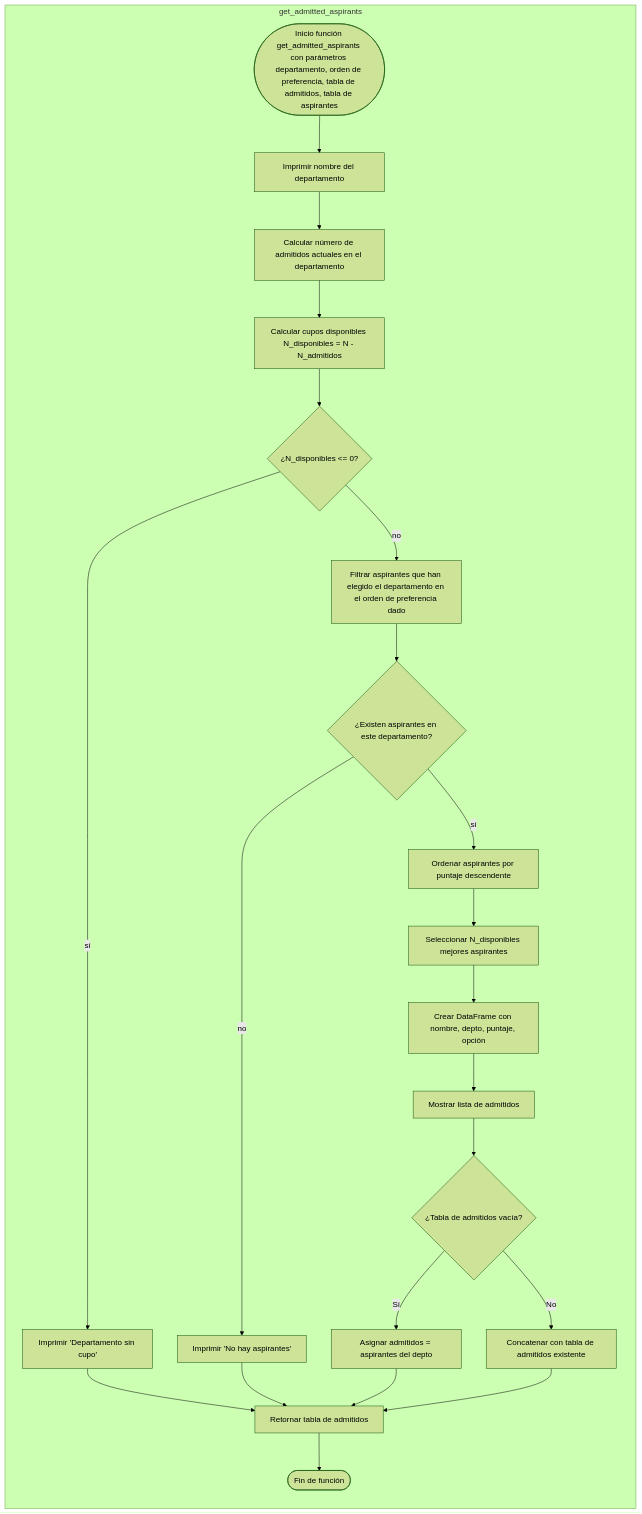
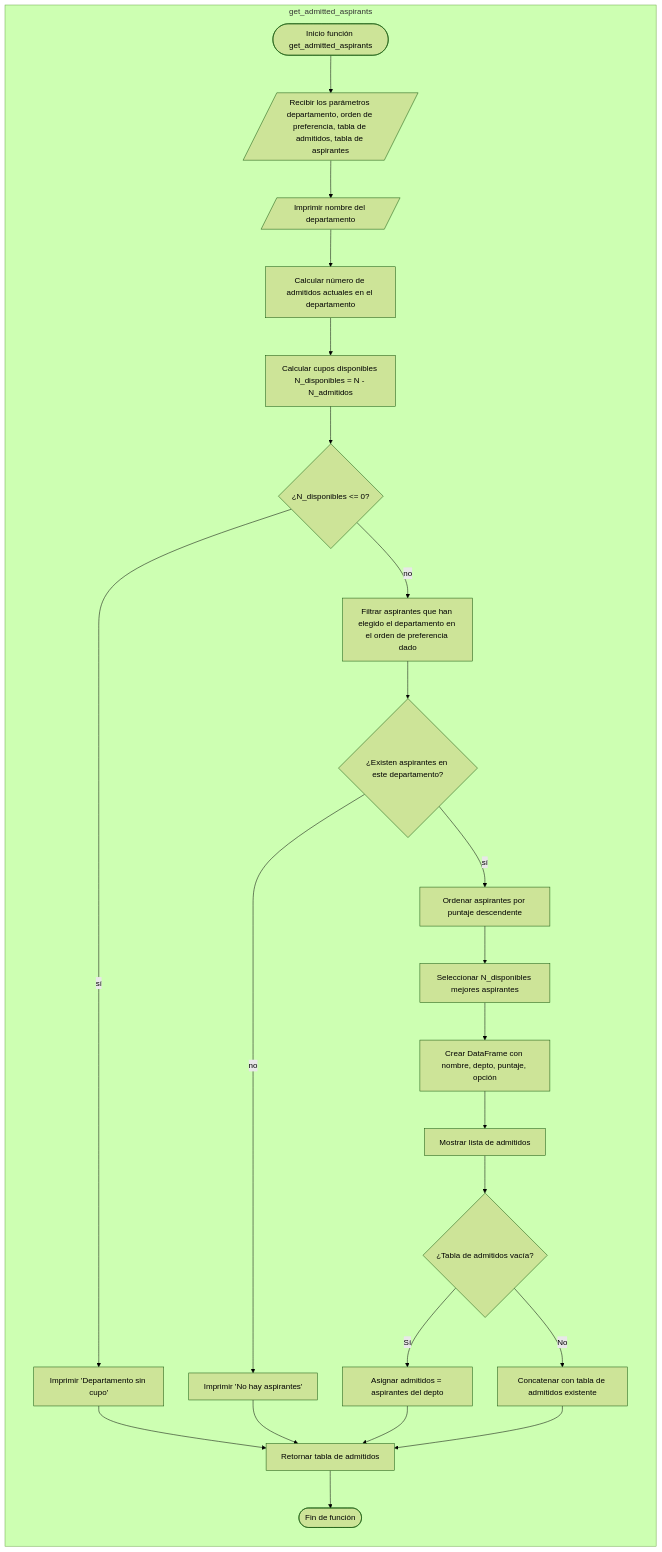
Before and after one commit to vshalisko/PythonIntro: the diagram in Unidad_3/Proyecto_3_funciones_parte_2.mermaid, drawn with Mermaid (forest theme).

```diff
--- a/Unidad_3/Proyecto_3_funciones_parte_2.mermaid
+++ b/Unidad_3/Proyecto_3_funciones_parte_2.mermaid
@@ -1,23 +1,24 @@
 flowchart TD
 
 subgraph get_admitted_aspirants
 direction TB
-A1([Inicio función get_admitted_aspirants con parámetros departamento, orden de preferencia, tabla de admitidos, tabla de aspirantes]) --> B1
-B1[Imprimir nombre del departamento] --> C1[Calcular número de admitidos actuales en el departamento]
+A1([Inicio función get_admitted_aspirants]) --> B0
+B0[/Recibir los parámetros departamento, orden de preferencia, tabla de admitidos, tabla de aspirantes/] --> B1
+B1[/Imprimir nombre del departamento/] --> C1[Calcular número de admitidos actuales en el departamento]
 C1 --> D1[Calcular cupos disponibles N_disponibles = N - N_admitidos]
 D1 --> E1{¿N_disponibles <= 0?}
 E1 -- sí --> F1[Imprimir 'Departamento sin cupo'] --> Z1[Retornar tabla de admitidos]
 E1 -- no --> G1[Filtrar aspirantes que han elegido el departamento en el orden de preferencia dado]
 G1 --> H1{¿Existen aspirantes en este departamento?}
 H1 -- no --> I1[Imprimir 'No hay aspirantes'] --> Z1
 H1 -- sí --> J1[Ordenar aspirantes por puntaje descendente]
 J1 --> K1[Seleccionar N_disponibles mejores aspirantes]
 K1 --> L1[Crear DataFrame con nombre, depto, puntaje, opción]
 L1 --> M1[Mostrar lista de admitidos]
 M1 --> N1{¿Tabla de admitidos vacía?}
 N1 -- Sí --> O1[Asignar admitidos = aspirantes del depto]
 O1 --> Z1
 N1 -- No --> P1[Concatenar con tabla de admitidos existente]
 P1 --> Z1
 Z1 --> Q1([Fin de función])
 end
```
